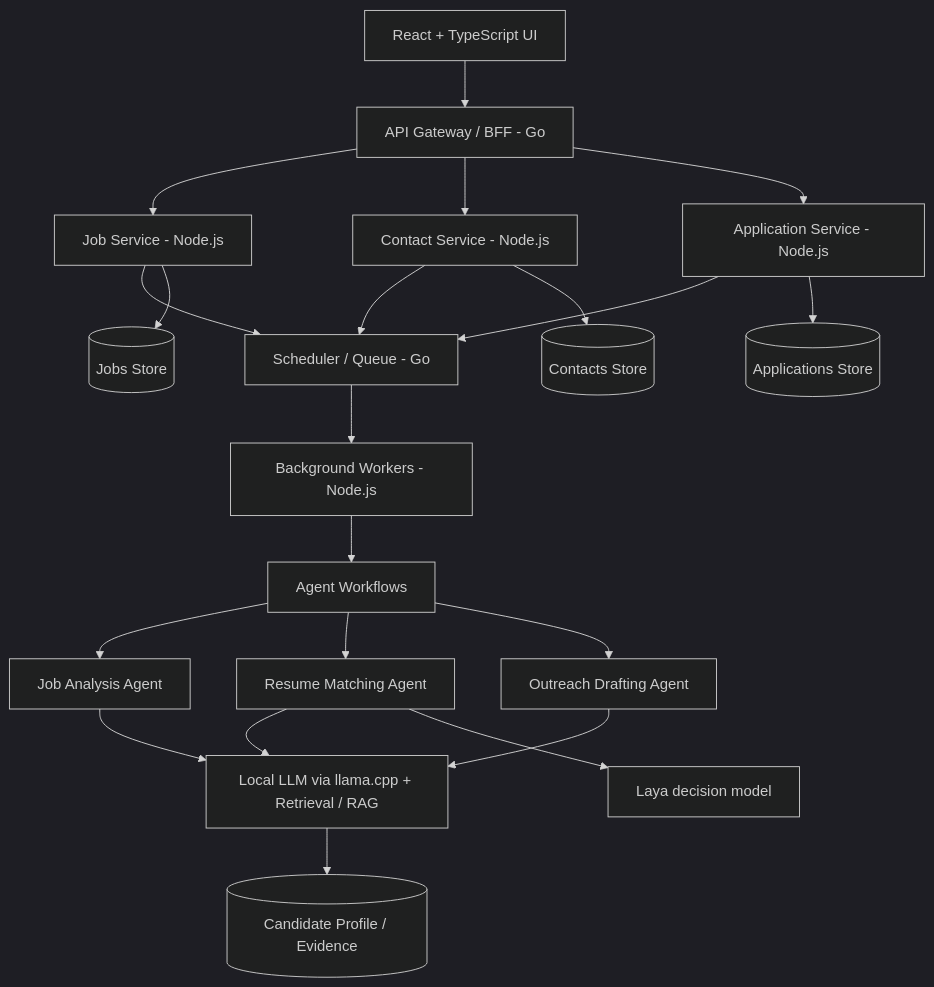
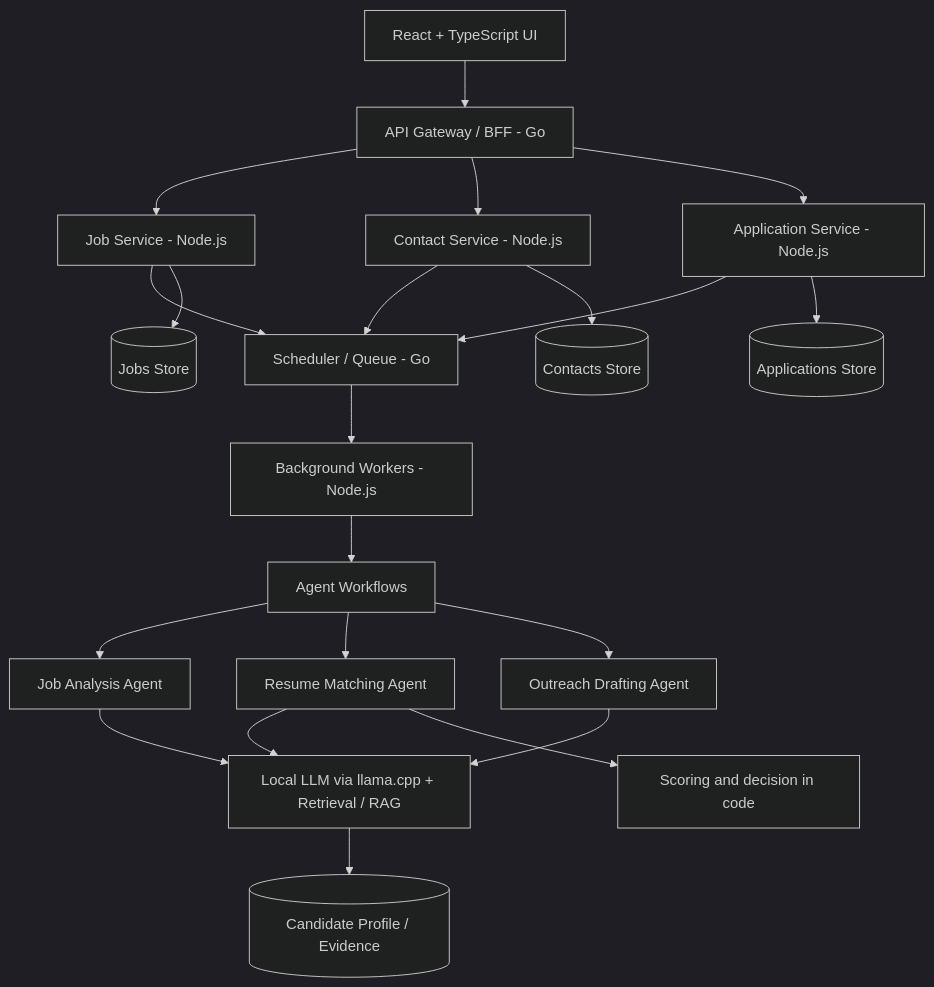
Before and after one commit to anonymousHa04/JOBOPS: the diagram in README.md, drawn with Mermaid (dark theme). The commit also changed other lines of this file and 5 other files, not shown here.

````diff
--- a/README.md
+++ b/README.md
@@ -71,29 +71,29 @@
 ```mermaid
 flowchart TD
     UI[React + TypeScript UI] --> BFF[API Gateway / BFF - Go]
 
     BFF --> JOB[Job Service - Node.js]
     BFF --> CONTACT[Contact Service - Node.js]
     BFF --> APP[Application Service - Node.js]
 
     JOB --> QUEUE[Scheduler / Queue - Go]
     CONTACT --> QUEUE
     APP --> QUEUE
 
     QUEUE --> WORKERS[Background Workers - Node.js]
     WORKERS --> AGENTS[Agent Workflows]
 
     AGENTS --> JOBAGENT[Job Analysis Agent]
     AGENTS --> RESUMEAGENT[Resume Matching Agent]
     AGENTS --> OUTREACHAGENT[Outreach Drafting Agent]
 
     JOBAGENT --> LLM[Local LLM via llama.cpp + Retrieval / RAG]
     RESUMEAGENT --> LLM
-    RESUMEAGENT --> DECIDE[Laya decision model]
+    RESUMEAGENT --> DECIDE[Scoring and decision in code]
     OUTREACHAGENT --> LLM
 
     JOB --> JOBDB[(Jobs Store)]
     CONTACT --> CONTACTDB[(Contacts Store)]
     APP --> APPDB[(Applications Store)]
     LLM --> PROFILE[(Candidate Profile / Evidence)]
 ```
````
